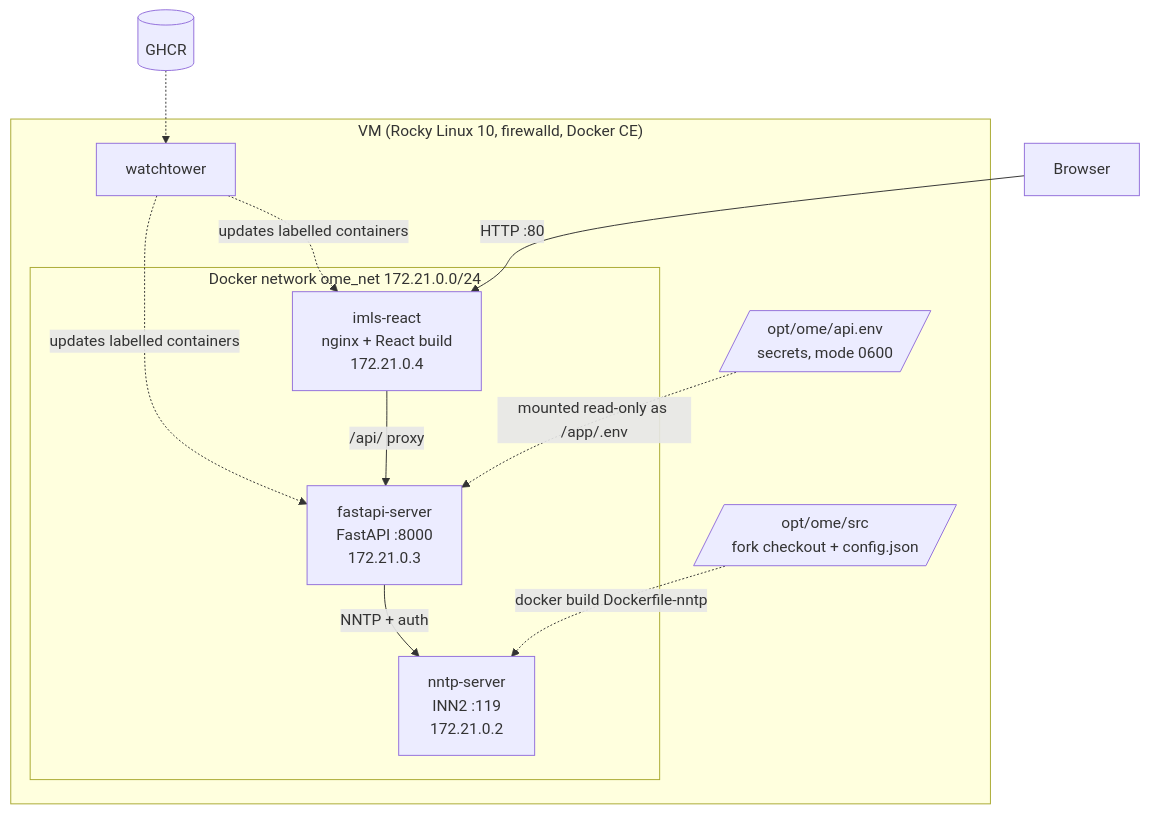
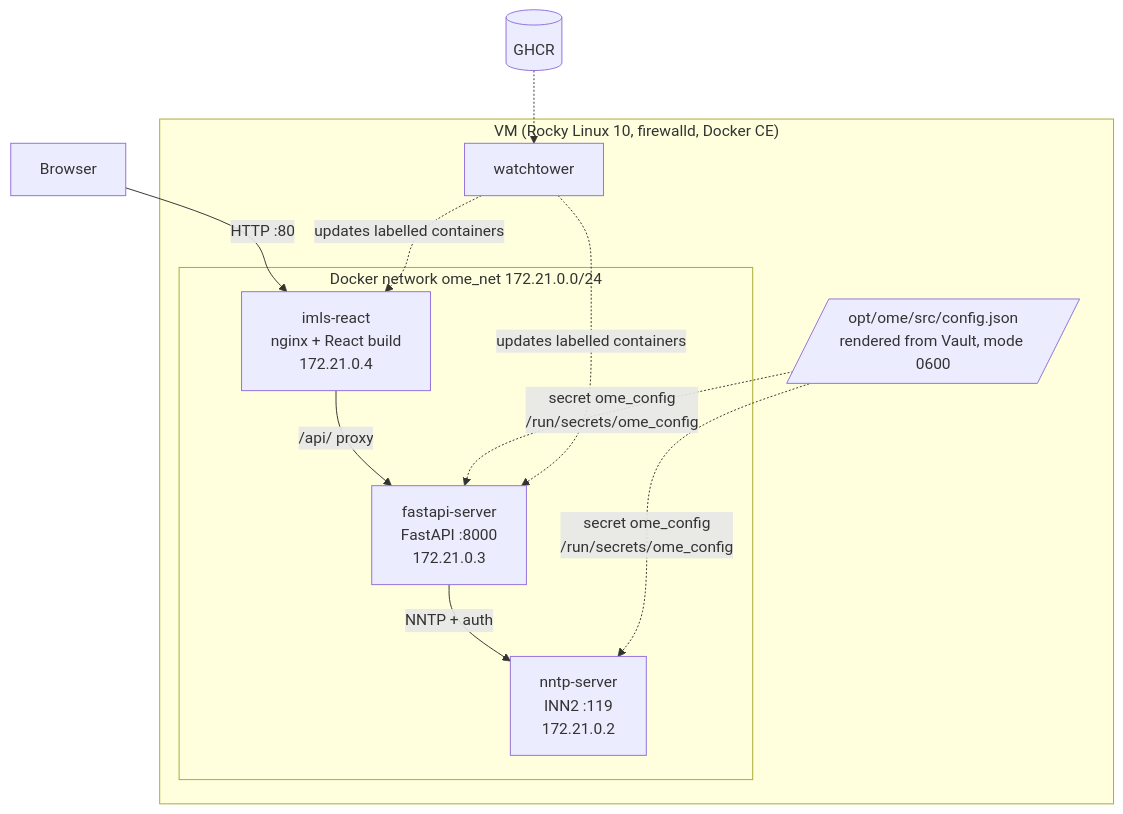
The second of 3 diagrams in docs/architecture.md (odisee-ome-2627/ome-infra), drawn with Mermaid before and after one commit. The commit also changed other lines of this file and 7 other files, not shown here.

Commit message:
Update docs after the config secret change

````diff
--- a/docs/architecture.md
+++ b/docs/architecture.md
@@ -45,22 +48,20 @@
 ```mermaid
 flowchart TB
   USER[Browser] -->|HTTP :80| FE
 
   subgraph VM["VM (Rocky Linux 10, firewalld, Docker CE)"]
     subgraph NET["Docker network ome_net 172.21.0.0/24"]
       FE[imls-react<br/>nginx + React build<br/>172.21.0.4]
       API[fastapi-server<br/>FastAPI :8000<br/>172.21.0.3]
       NNTP[nntp-server<br/>INN2 :119<br/>172.21.0.2]
     end
     WT[watchtower]
-    ENV[/opt/ome/api.env<br/>secrets, mode 0600/]
-    SRC[/opt/ome/src<br/>fork checkout + config.json/]
+    CFG[/opt/ome/src/config.json<br/>rendered from Vault, mode 0600/]
   end
 
   FE -->|/api/ proxy| API
   API -->|NNTP + auth| NNTP
-  ENV -.->|mounted read-only as /app/.env| API
-  SRC -.->|docker build Dockerfile-nntp| NNTP
+  CFG -.->|secret ome_config<br/>/run/secrets/ome_config| API & NNTP
   WT -.->|updates labelled containers| FE & API
   GHCR[(GHCR)] -.-> WT
 ```
````
